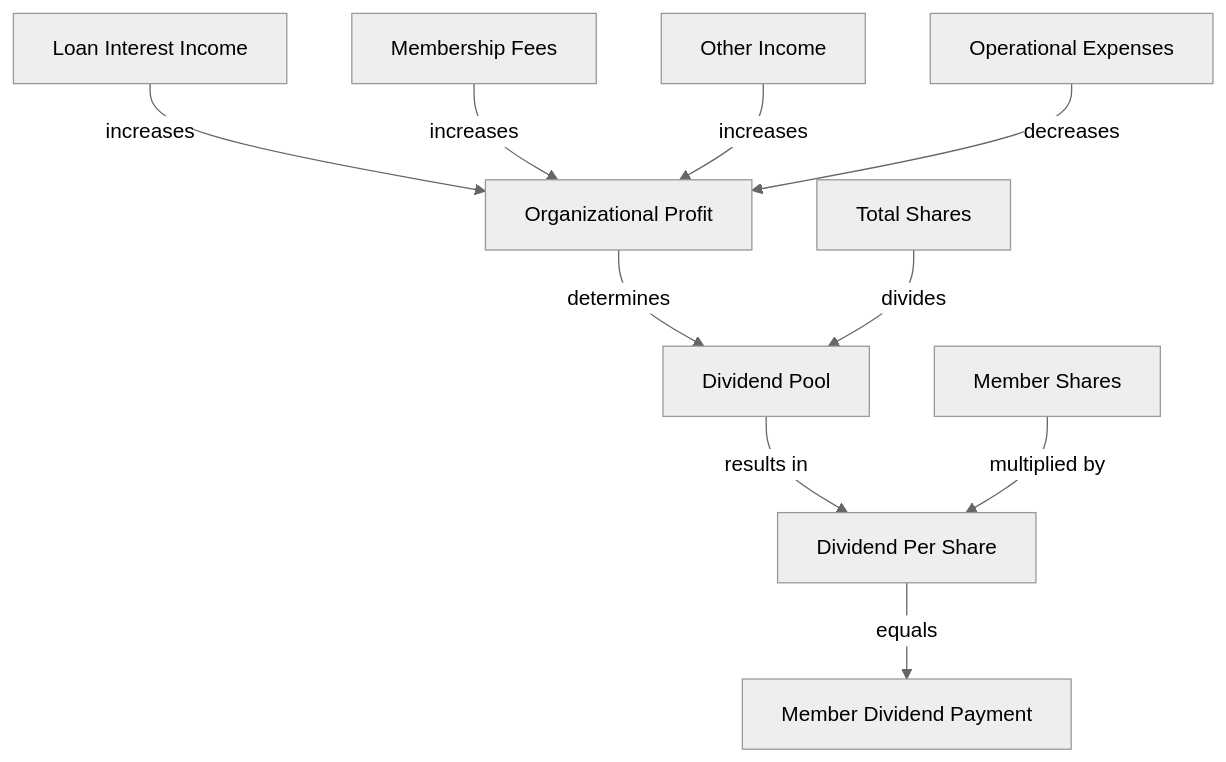
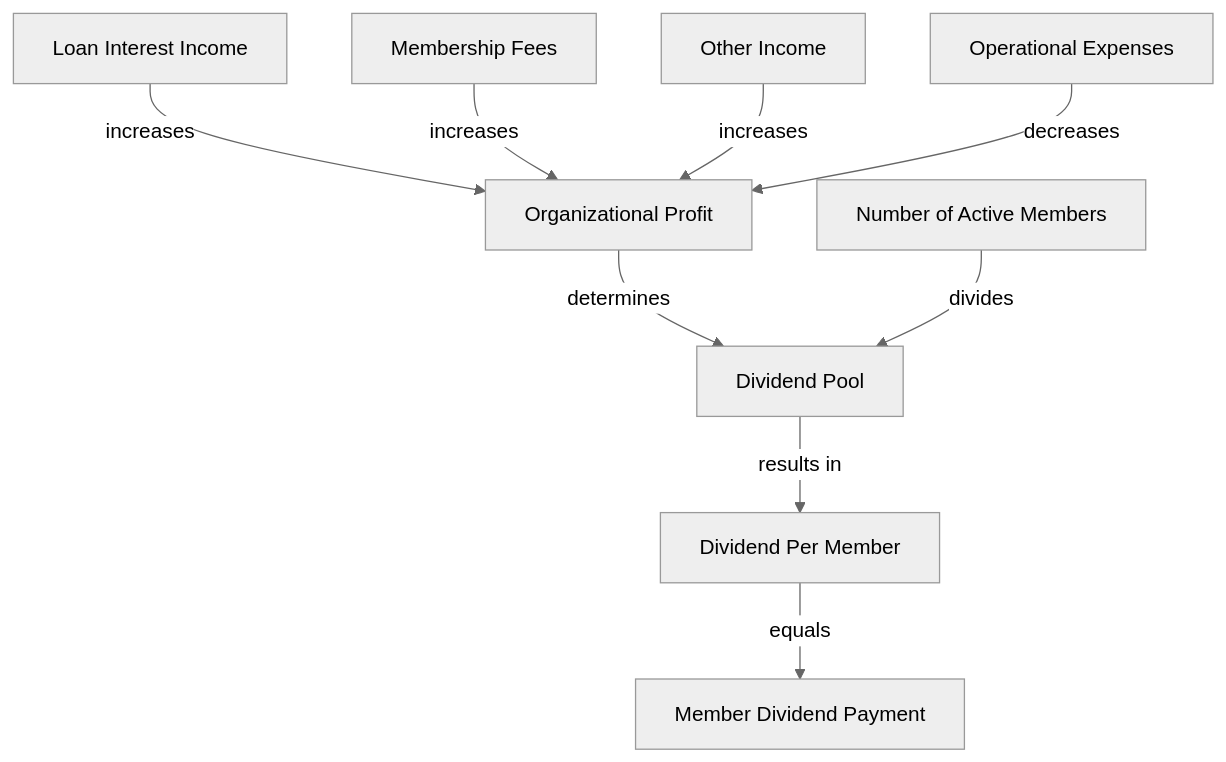
Before and after one commit to Sachin-Bandaranayaka/sahana-new: the eighth of 8 diagrams in financial-org-app/docs/financial-logic.md, drawn with Mermaid (neutral theme). The commit also changed other lines of this file and 5 other files, not shown here.

Commit message:
Fix member related functions and update dividend documentation

````diff
--- a/financial-org-app/docs/financial-logic.md
+++ b/financial-org-app/docs/financial-logic.md
@@ -148,12 +148,11 @@
 ```mermaid
 graph TD
     A[Loan Interest Income] -->|increases| B[Organizational Profit]
     C[Membership Fees] -->|increases| B
     D[Other Income] -->|increases| B
     E[Operational Expenses] -->|decreases| B
     B -->|determines| F[Dividend Pool]
-    G[Total Shares] -->|divides| F
-    F -->|results in| H[Dividend Per Share]
-    I[Member Shares] -->|multiplied by| H
+    G[Number of Active Members] -->|divides| F
+    F -->|results in| H[Dividend Per Member]
     H -->|equals| J[Member Dividend Payment]
 ```
````
